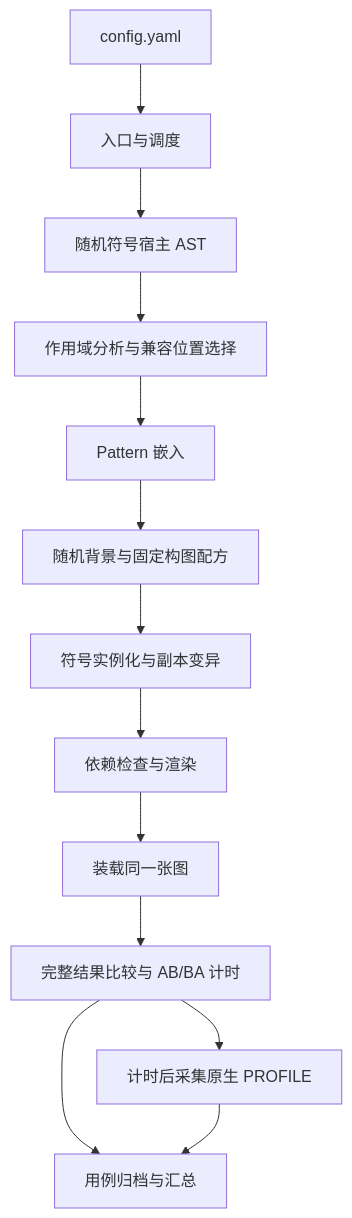
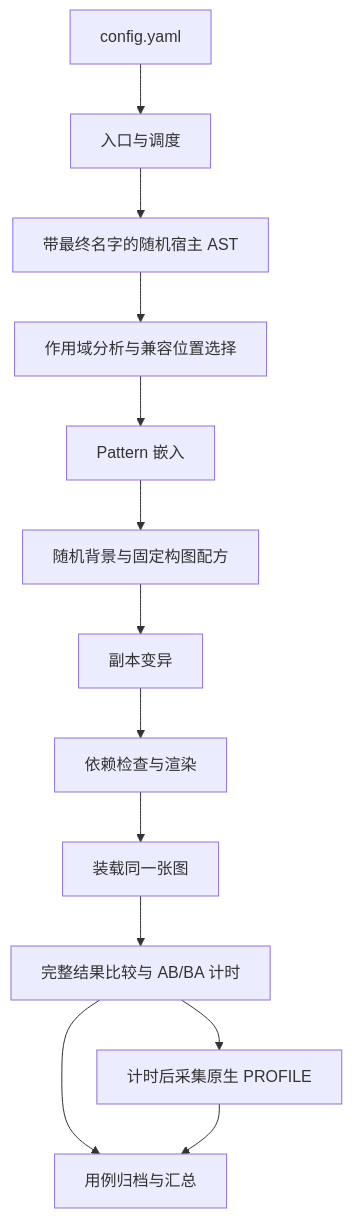
The diagram in docs/architecture.zh-CN.md (linli1724647576/GraphSymPerf), drawn with Mermaid before and after one commit. The commit also changed other lines of this file and 32 other files, not shown here.

````diff
--- a/docs/architecture.zh-CN.md
+++ b/docs/architecture.zh-CN.md
@@ -40,15 +42,15 @@
 ```mermaid
 flowchart TD
     A[config.yaml] --> B[入口与调度]
-    B --> C[随机符号宿主 AST]
+    B --> C[带最终名字的随机宿主 AST]
     C --> D[作用域分析与兼容位置选择]
     D --> E[Pattern 嵌入]
     E --> F[随机背景与固定构图配方]
-    F --> G[符号实例化与副本变异]
+    F --> G[副本变异]
     G --> H[依赖检查与渲染]
     H --> I[装载同一张图]
     I --> J[完整结果比较与 AB/BA 计时]
     J --> K[计时后采集原生 PROFILE]
     J --> L[用例归档与汇总]
     K --> L
 ```
````
